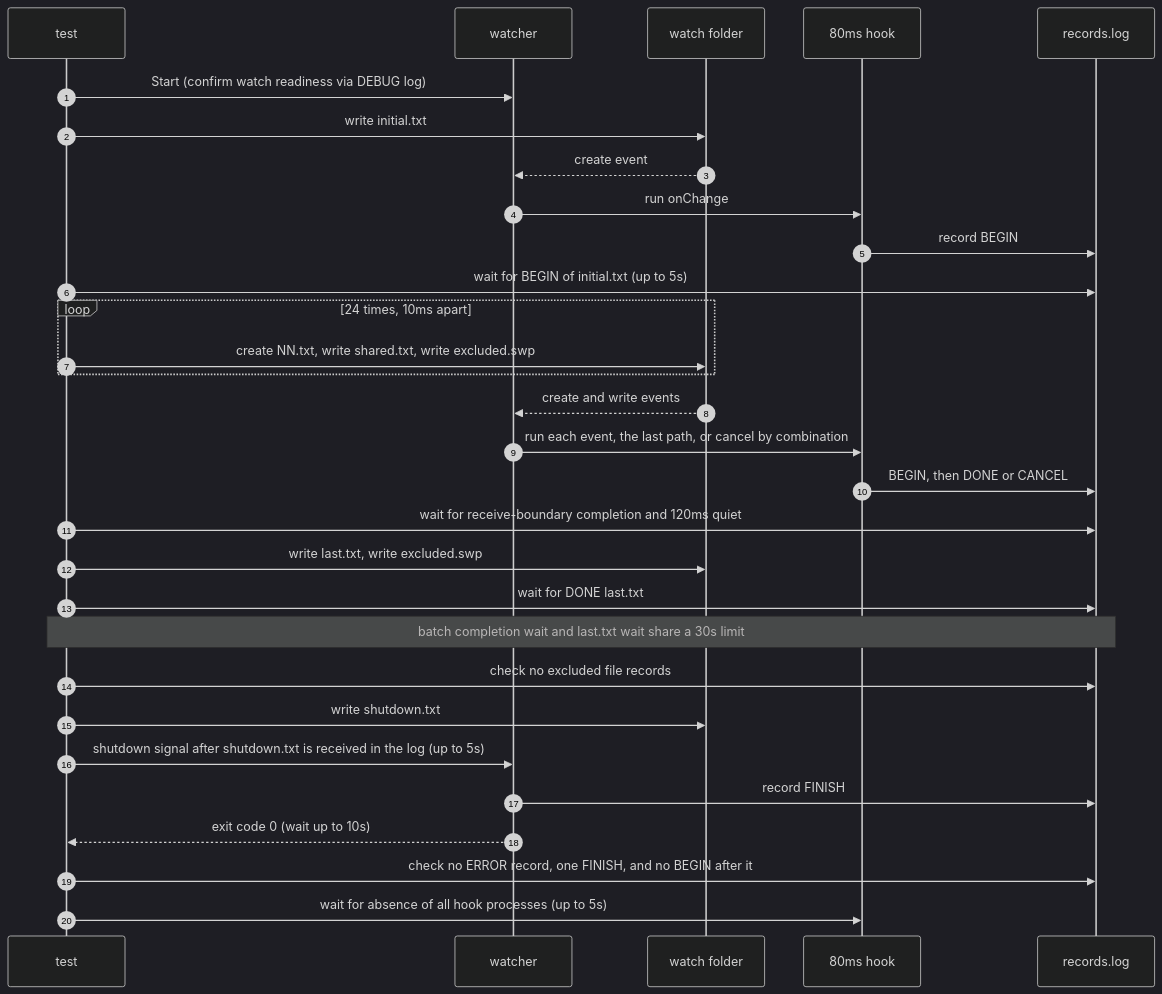
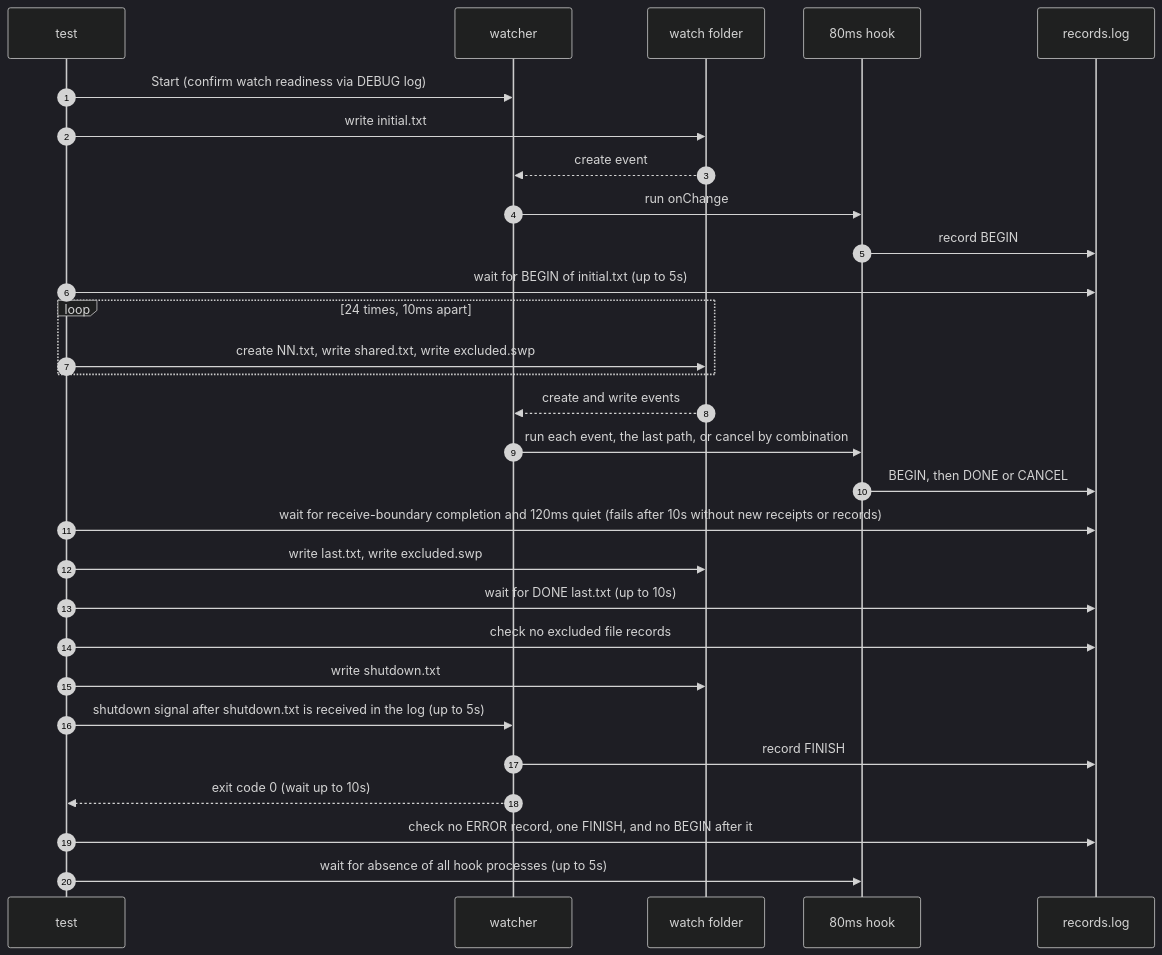
One commit to seungyeop-lee/directory-watcher changed the diagram in e2e/docs/scenarios/fast-inflow-slow-hook.md. Above: the diagram before and after it, drawn with Mermaid (dark theme). The commit also changed other lines of this file and 17 other files, not shown here.

````diff
--- a/e2e/docs/scenarios/fast-inflow-slow-hook.md
+++ b/e2e/docs/scenarios/fast-inflow-slow-hook.md
@@ -37,32 +38,31 @@
 ```mermaid
 sequenceDiagram
     autonumber
     participant testCode as test
     participant watcherProc as watcher
     participant watchDir as watch folder
     participant slowHook as 80ms hook
     participant recordFile as records.log
     testCode->>watcherProc: Start (confirm watch readiness via DEBUG log)
     testCode->>watchDir: write initial.txt
     watchDir-->>watcherProc: create event
     watcherProc->>slowHook: run onChange
     slowHook->>recordFile: record BEGIN
     testCode->>recordFile: wait for BEGIN of initial.txt (up to 5s)
     loop 24 times, 10ms apart
         testCode->>watchDir: create NN.txt, write shared.txt, write excluded.swp
     end
     watchDir-->>watcherProc: create and write events
     watcherProc->>slowHook: run each event, the last path, or cancel by combination
     slowHook->>recordFile: BEGIN, then DONE or CANCEL
-    testCode->>recordFile: wait for receive-boundary completion and 120ms quiet
+    testCode->>recordFile: wait for receive-boundary completion and 120ms quiet (fails after 10s without new receipts or records)
     testCode->>watchDir: write last.txt, write excluded.swp
-    testCode->>recordFile: wait for DONE last.txt
-    Note over testCode,recordFile: batch completion wait and last.txt wait share a 30s limit
+    testCode->>recordFile: wait for DONE last.txt (up to 10s)
     testCode->>recordFile: check no excluded file records
     testCode->>watchDir: write shutdown.txt
     testCode->>watcherProc: shutdown signal after shutdown.txt is received in the log (up to 5s)
     watcherProc->>recordFile: record FINISH
     watcherProc-->>testCode: exit code 0 (wait up to 10s)
     testCode->>recordFile: check no ERROR record, one FINISH, and no BEGIN after it
     testCode->>slowHook: wait for absence of all hook processes (up to 5s)
 ```
````
